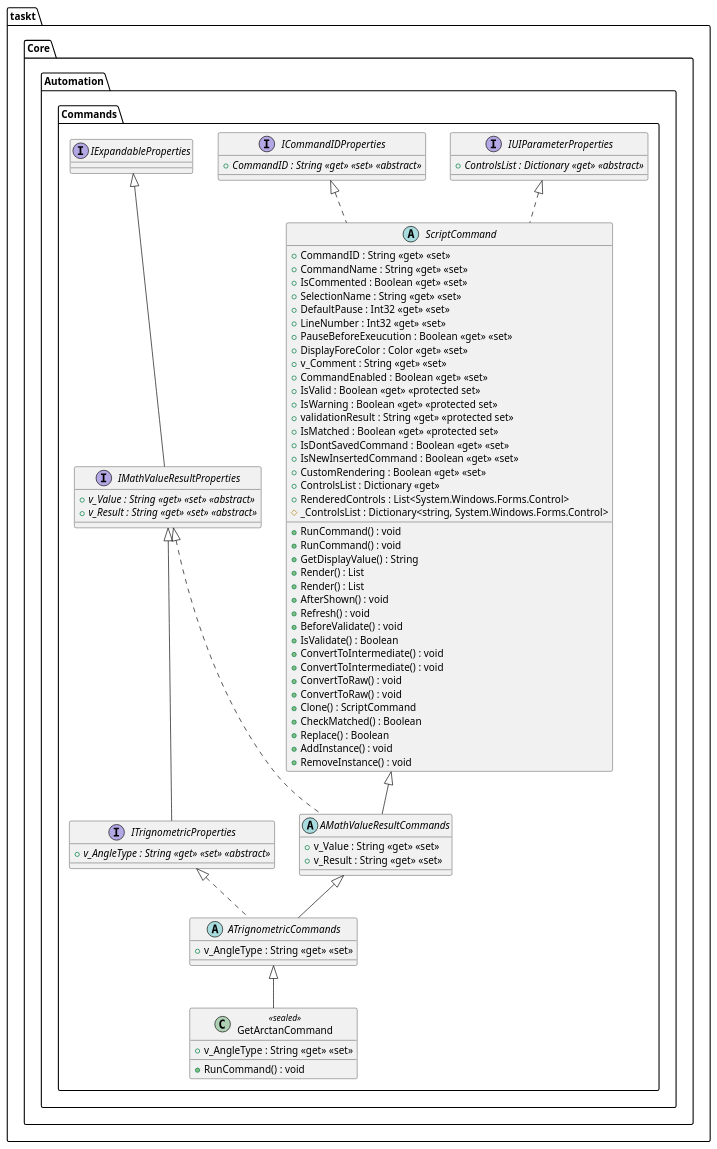
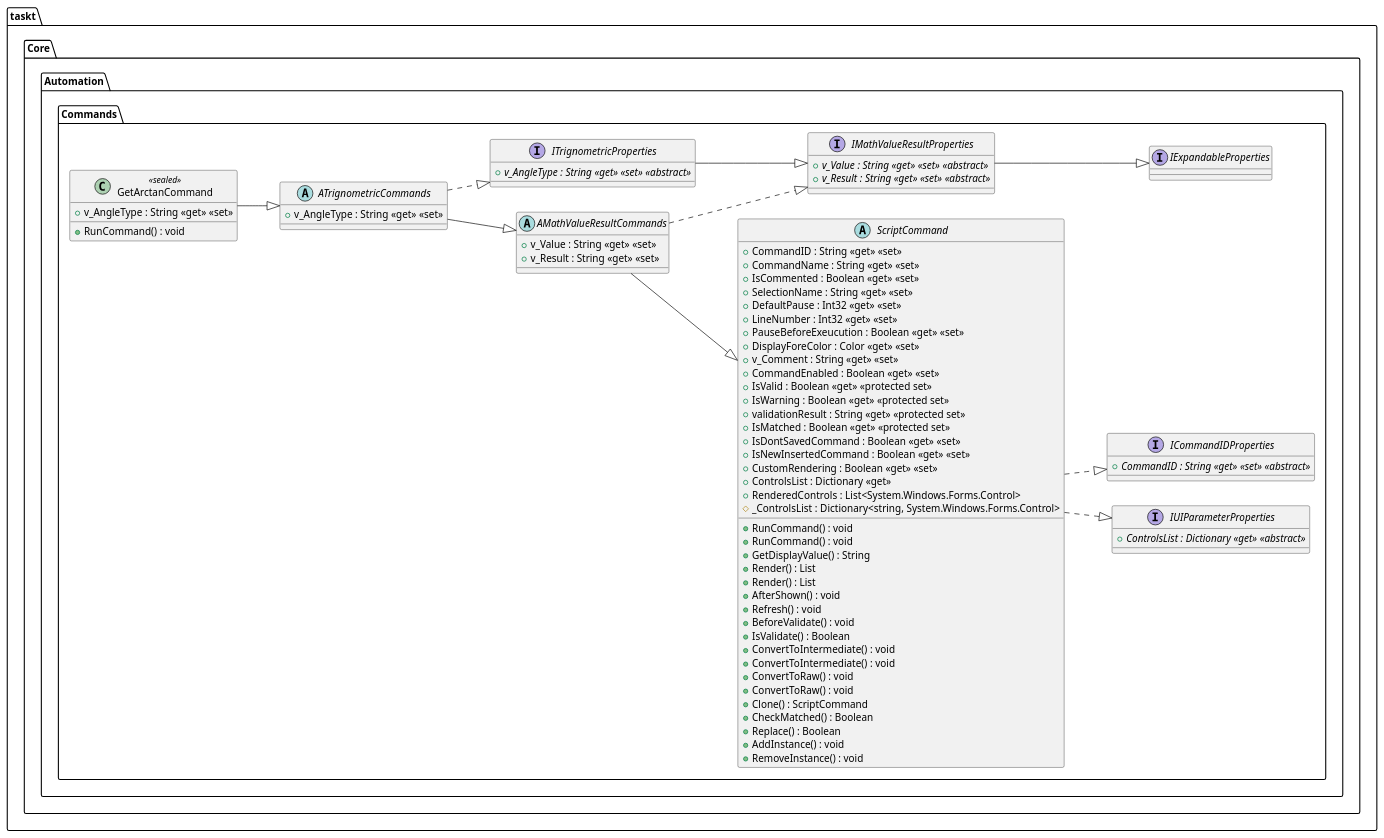
Before and after one commit to saucepleez/taskt: the diagram in taskt/Core/Automation/Commands/MathGroup/GetArctanCommand.puml, drawn with PlantUML. The commit also changed 1201 other files, not shown here.

```diff
--- a/taskt/Core/Automation/Commands/MathGroup/GetArctanCommand.puml
+++ b/taskt/Core/Automation/Commands/MathGroup/GetArctanCommand.puml
@@ -1,105 +1,105 @@
 @startuml
+left to right direction
 package "taskt.Core.Automation.Commands"{
 class "GetArctanCommand" <<sealed>> {
 +RunCommand() : void 
 +v_AngleType : String <<get>> <<set>> 
 }
 }
 
 package "taskt.Core.Automation.Commands"{
 abstract class "ATrignometricCommands"{
 +v_AngleType : String <<get>> <<set>> 
 }
 }
 
 package "taskt.Core.Automation.Commands"{
 abstract class "AMathValueResultCommands"{
 +v_Value : String <<get>> <<set>> 
 +v_Result : String <<get>> <<set>> 
 }
 }
 
 package "taskt.Core.Automation.Commands"{
 Interface "ITrignometricProperties" {
 +{abstract} v_AngleType : String <<get>> <<set>> <<abstract>> 
 }
 }
 
 package "taskt.Core.Automation.Commands"{
 abstract class "ScriptCommand"{
 +RunCommand() : void 
 +RunCommand() : void 
 +GetDisplayValue() : String
 +Render() : List
 +Render() : List
 +AfterShown() : void 
 +Refresh() : void 
 +BeforeValidate() : void 
 +IsValidate() : Boolean
 +ConvertToIntermediate() : void 
 +ConvertToIntermediate() : void 
 +ConvertToRaw() : void 
 +ConvertToRaw() : void 
 +Clone() : ScriptCommand
 +CheckMatched() : Boolean
 +Replace() : Boolean
 +AddInstance() : void 
 +RemoveInstance() : void 
 +CommandID : String <<get>> <<set>> 
 +CommandName : String <<get>> <<set>> 
 +IsCommented : Boolean <<get>> <<set>> 
 +SelectionName : String <<get>> <<set>> 
 +DefaultPause : Int32 <<get>> <<set>> 
 +LineNumber : Int32 <<get>> <<set>> 
 +PauseBeforeExeucution : Boolean <<get>> <<set>> 
 +DisplayForeColor : Color <<get>> <<set>> 
 +v_Comment : String <<get>> <<set>> 
 +CommandEnabled : Boolean <<get>> <<set>> 
 +IsValid : Boolean <<get>> <<protected set>>
 +IsWarning : Boolean <<get>> <<protected set>>
 +validationResult : String <<get>> <<protected set>>
 +IsMatched : Boolean <<get>> <<protected set>>
 +IsDontSavedCommand : Boolean <<get>> <<set>> 
 +IsNewInsertedCommand : Boolean <<get>> <<set>> 
 +CustomRendering : Boolean <<get>> <<set>> 
 +ControlsList : Dictionary <<get>> 
 +RenderedControls : List<System.Windows.Forms.Control>
 #_ControlsList : Dictionary<string, System.Windows.Forms.Control>
 }
 }
 
 package "taskt.Core.Automation.Commands"{
 Interface "IMathValueResultProperties" {
 +{abstract} v_Value : String <<get>> <<set>> <<abstract>> 
 +{abstract} v_Result : String <<get>> <<set>> <<abstract>> 
 }
 }
 
 package "taskt.Core.Automation.Commands"{
 Interface "IUIParameterProperties" {
 +{abstract} ControlsList : Dictionary <<get>> <<abstract>> 
 }
 }
 
 package "taskt.Core.Automation.Commands"{
 Interface "ICommandIDProperties" {
 +{abstract} CommandID : String <<get>> <<set>> <<abstract>> 
 }
 }
 
 package "taskt.Core.Automation.Commands"{
 Interface "IExpandableProperties" {
 }
 }
 
-
-taskt.Core.Automation.Commands.ATrignometricCommands <|-- taskt.Core.Automation.Commands.GetArctanCommand
-taskt.Core.Automation.Commands.AMathValueResultCommands <|-- taskt.Core.Automation.Commands.ATrignometricCommands
-taskt.Core.Automation.Commands.ITrignometricProperties <|.. taskt.Core.Automation.Commands.ATrignometricCommands
-taskt.Core.Automation.Commands.ScriptCommand <|-- taskt.Core.Automation.Commands.AMathValueResultCommands
-taskt.Core.Automation.Commands.IMathValueResultProperties <|.. taskt.Core.Automation.Commands.AMathValueResultCommands
-taskt.Core.Automation.Commands.IMathValueResultProperties <|-- taskt.Core.Automation.Commands.ITrignometricProperties
-taskt.Core.Automation.Commands.IUIParameterProperties <|.. taskt.Core.Automation.Commands.ScriptCommand
-taskt.Core.Automation.Commands.ICommandIDProperties <|.. taskt.Core.Automation.Commands.ScriptCommand
-taskt.Core.Automation.Commands.IExpandableProperties <|-- taskt.Core.Automation.Commands.IMathValueResultProperties
+taskt.Core.Automation.Commands.GetArctanCommand --|> taskt.Core.Automation.Commands.ATrignometricCommands
+taskt.Core.Automation.Commands.ATrignometricCommands --|> taskt.Core.Automation.Commands.AMathValueResultCommands
+taskt.Core.Automation.Commands.ATrignometricCommands ..|> taskt.Core.Automation.Commands.ITrignometricProperties
+taskt.Core.Automation.Commands.AMathValueResultCommands --|> taskt.Core.Automation.Commands.ScriptCommand
+taskt.Core.Automation.Commands.AMathValueResultCommands ..|> taskt.Core.Automation.Commands.IMathValueResultProperties
+taskt.Core.Automation.Commands.ITrignometricProperties --|> taskt.Core.Automation.Commands.IMathValueResultProperties
+taskt.Core.Automation.Commands.ScriptCommand ..|> taskt.Core.Automation.Commands.IUIParameterProperties
+taskt.Core.Automation.Commands.ScriptCommand ..|> taskt.Core.Automation.Commands.ICommandIDProperties
+taskt.Core.Automation.Commands.IMathValueResultProperties --|> taskt.Core.Automation.Commands.IExpandableProperties
 @enduml
```
